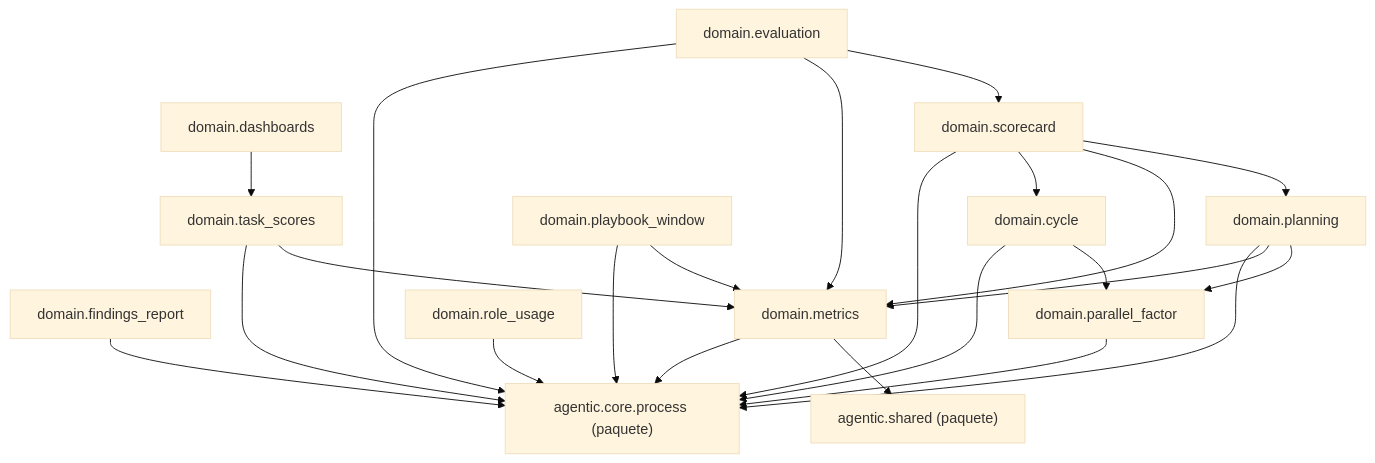
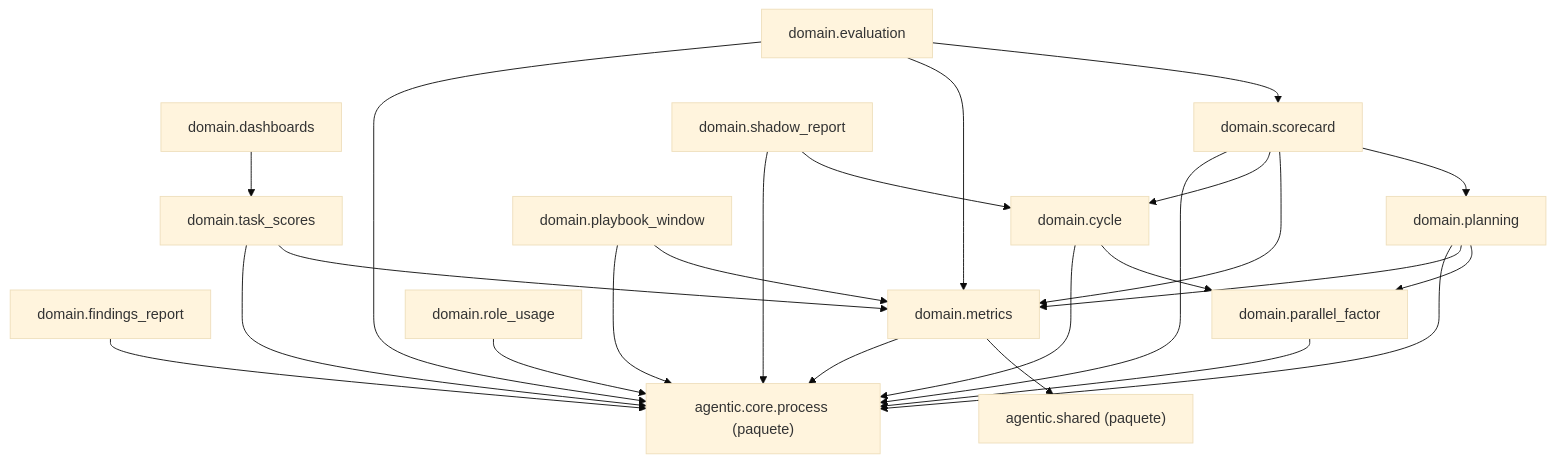
The diagram in docs/architecture/generated/packages-measurement-domain.md (GonzaloZevallos/agentic-system), drawn with Mermaid (base theme) before and after one commit. The commit also changed 9 other files, not shown here.

First line of the commit message:
Add agentic eval shadow, the Hallazgo perdido term, the ADR-0088 addendum and the regenerated pages

````diff
--- a/docs/architecture/generated/packages-measurement-domain.md
+++ b/docs/architecture/generated/packages-measurement-domain.md
@@ -8,38 +8,41 @@
 ```mermaid
 graph TD
     g_pkg__agentic__core__process["agentic.core.process (paquete)"]
     g_pkg__agentic__shared["agentic.shared (paquete)"]
     m_domain__cycle["domain.cycle"]
     m_domain__dashboards["domain.dashboards"]
     m_domain__evaluation["domain.evaluation"]
     m_domain__findings_report["domain.findings_report"]
     m_domain__metrics["domain.metrics"]
     m_domain__parallel_factor["domain.parallel_factor"]
     m_domain__planning["domain.planning"]
     m_domain__playbook_window["domain.playbook_window"]
     m_domain__role_usage["domain.role_usage"]
     m_domain__scorecard["domain.scorecard"]
+    m_domain__shadow_report["domain.shadow_report"]
     m_domain__task_scores["domain.task_scores"]
     m_domain__cycle --> g_pkg__agentic__core__process
     m_domain__cycle --> m_domain__parallel_factor
     m_domain__dashboards --> m_domain__task_scores
     m_domain__evaluation --> g_pkg__agentic__core__process
     m_domain__evaluation --> m_domain__metrics
     m_domain__evaluation --> m_domain__scorecard
     m_domain__findings_report --> g_pkg__agentic__core__process
     m_domain__metrics --> g_pkg__agentic__core__process
     m_domain__metrics --> g_pkg__agentic__shared
     m_domain__parallel_factor --> g_pkg__agentic__core__process
     m_domain__planning --> g_pkg__agentic__core__process
     m_domain__planning --> m_domain__metrics
     m_domain__planning --> m_domain__parallel_factor
     m_domain__playbook_window --> g_pkg__agentic__core__process
     m_domain__playbook_window --> m_domain__metrics
     m_domain__role_usage --> g_pkg__agentic__core__process
     m_domain__scorecard --> g_pkg__agentic__core__process
     m_domain__scorecard --> m_domain__cycle
     m_domain__scorecard --> m_domain__metrics
     m_domain__scorecard --> m_domain__planning
+    m_domain__shadow_report --> g_pkg__agentic__core__process
+    m_domain__shadow_report --> m_domain__cycle
     m_domain__task_scores --> g_pkg__agentic__core__process
     m_domain__task_scores --> m_domain__metrics
 ```
````
